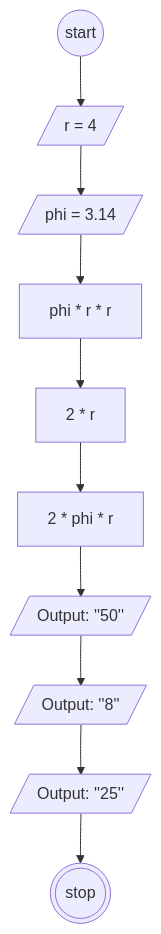
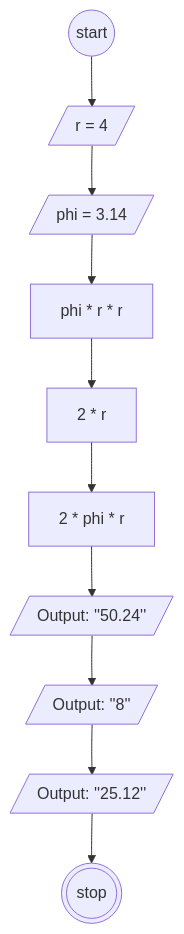
The diagram in README.md (AbiPasundan/koda-b6-javascript1), drawn with Mermaid before and after one commit.

````diff
--- a/README.md
+++ b/README.md
@@ -16,19 +16,19 @@
 ```mermaid
 flowchart TB
  Start@{ shape: circ, label: "start"}
  r@{ shape: lean-r, label: "r = 4"}
  phi@{ shape: lean-r, label: "phi = 3.14"}
 
 
  l@{ shape: rect, label: "phi * r * r "}
  d@{ shape: rect, label: "2 * r "}
  k@{ shape: rect, label: "2 * phi * r "}
 
 
- OutputL@{ shape: lean-r, label: "Output: ''50''"}
+ OutputL@{ shape: lean-r, label: "Output: ''50.24''"}
  OutputD@{ shape: lean-r, label: "Output: ''8''"}
- OutputK@{ shape: lean-r, label: "Output: ''25''"}
+ OutputK@{ shape: lean-r, label: "Output: ''25.12''"}
  Stop@{ shape: dbl-circ, label: "stop"}
 
 Start-->r-->phi-->l-->d-->k-->OutputL-->OutputD-->OutputK-->Stop
 ```
````
